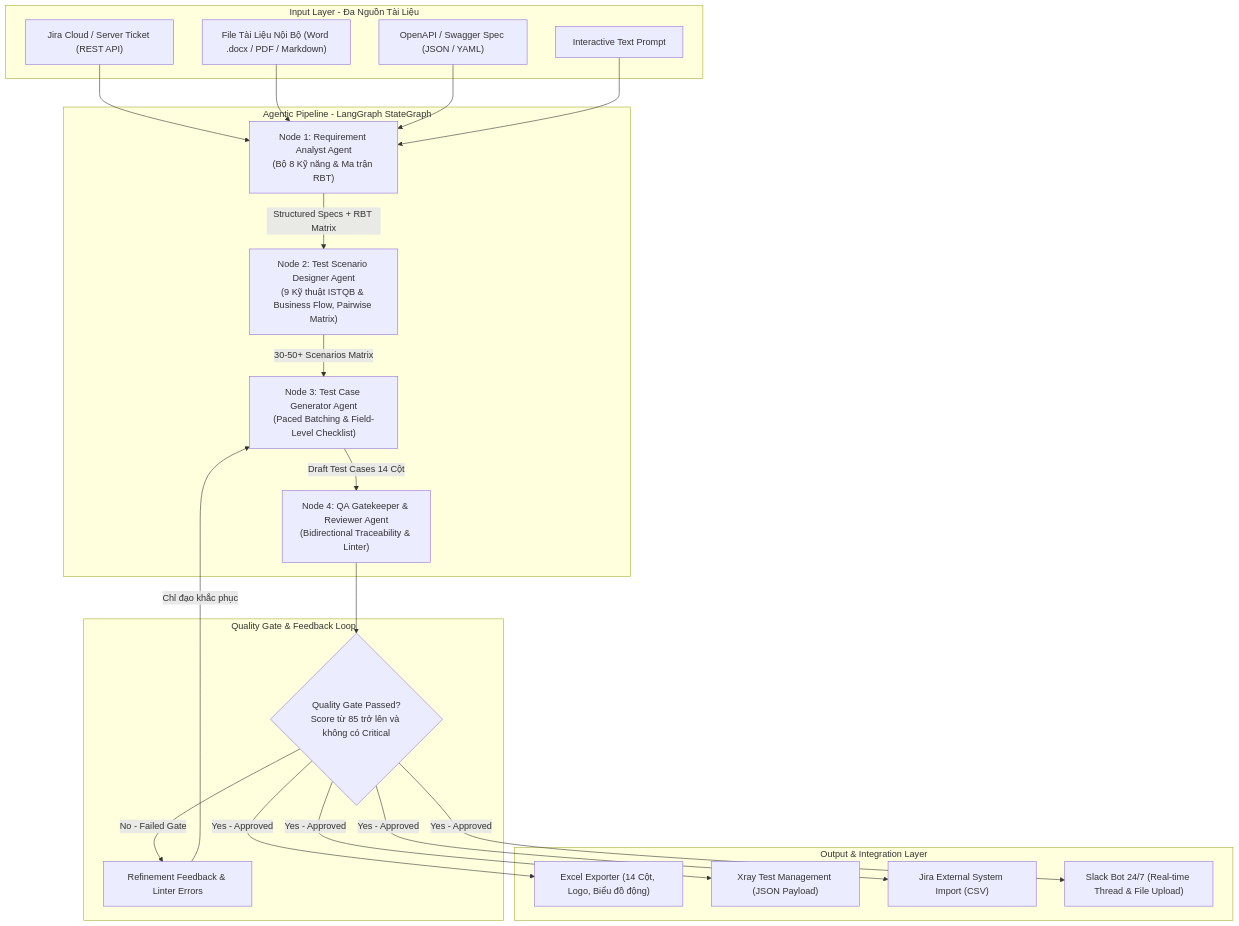
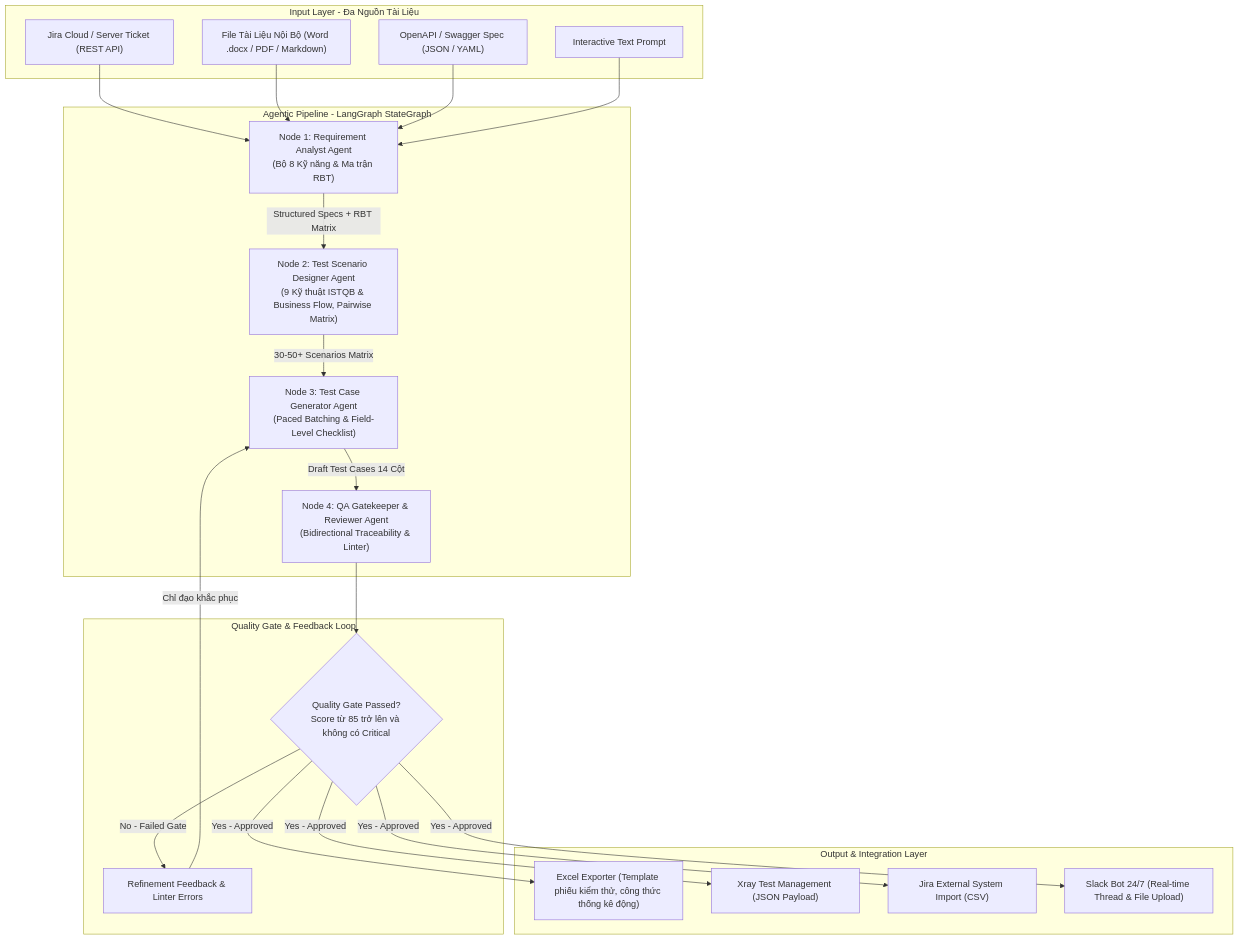
Before and after one commit to gary1633/qa-ai-gen-testcase: the first of 7 diagrams in docs/system_architecture_charts.md, drawn with Mermaid. The commit also changed other lines of this file and 54 other files, not shown here.

````diff
--- a/docs/system_architecture_charts.md
+++ b/docs/system_architecture_charts.md
@@ -11,45 +11,45 @@
 ```mermaid
 flowchart TD
     subgraph Input_Layer ["Input Layer - Đa Nguồn Tài Liệu"]
         I1["Jira Cloud / Server Ticket (REST API)"]
         I2["File Tài Liệu Nội Bộ (Word .docx / PDF / Markdown)"]
         I3["OpenAPI / Swagger Spec (JSON / YAML)"]
         I4["Interactive Text Prompt"]
     end
 
     subgraph Agentic_Pipeline ["Agentic Pipeline - LangGraph StateGraph"]
         A1["Node 1: Requirement Analyst Agent<br/>(Bộ 8 Kỹ năng & Ma trận RBT)"]
         A2["Node 2: Test Scenario Designer Agent<br/>(9 Kỹ thuật ISTQB & Business Flow, Pairwise Matrix)"]
         A3["Node 3: Test Case Generator Agent<br/>(Paced Batching & Field-Level Checklist)"]
         A4["Node 4: QA Gatekeeper & Reviewer Agent<br/>(Bidirectional Traceability & Linter)"]
     end
 
     subgraph Quality_Gate_Section ["Quality Gate & Feedback Loop"]
         QG{"Quality Gate Passed?<br/>Score từ 85 trở lên và không có Critical"}
         FB["Refinement Feedback & Linter Errors"]
     end
 
     subgraph Output_Layer ["Output & Integration Layer"]
-        O1["Excel Exporter (14 Cột, Logo, Biểu đồ động)"]
+        O1["Excel Exporter (Template phiếu kiểm thử, công thức thống kê động)"]
         O2["Xray Test Management (JSON Payload)"]
         O3["Jira External System Import (CSV)"]
         O4["Slack Bot 24/7 (Real-time Thread & File Upload)"]
     end
 
     I1 --> A1
     I2 --> A1
     I3 --> A1
     I4 --> A1
 
     A1 -->|Structured Specs + RBT Matrix| A2
     A2 -->|30-50+ Scenarios Matrix| A3
     A3 -->|Draft Test Cases 14 Cột| A4
     A4 --> QG
 
     QG -->|No - Failed Gate| FB
     FB -->|Chỉ đạo khắc phục| A3
     QG -->|Yes - Approved| O1
     QG -->|Yes - Approved| O2
     QG -->|Yes - Approved| O3
     QG -->|Yes - Approved| O4
 ```
````
